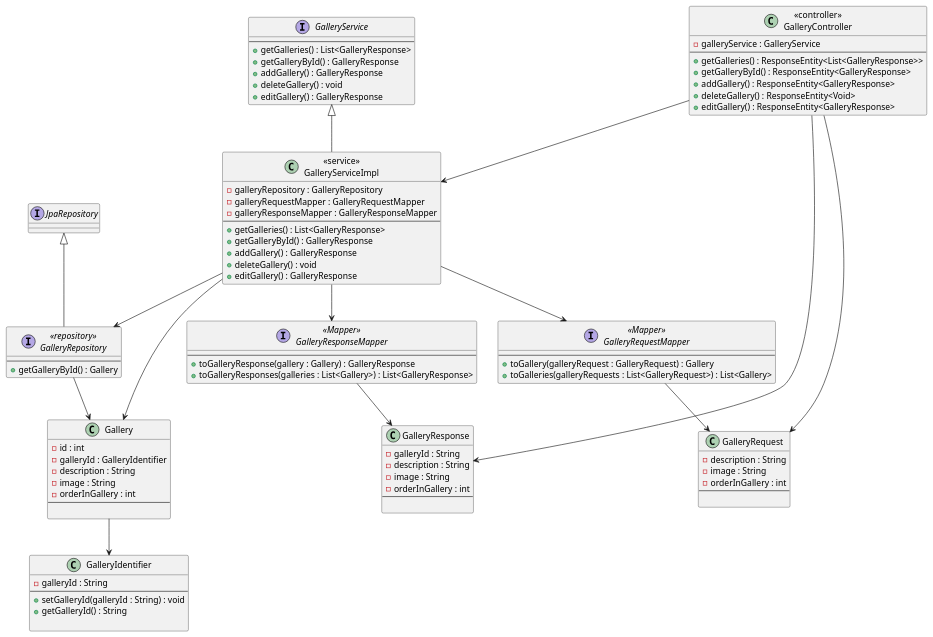
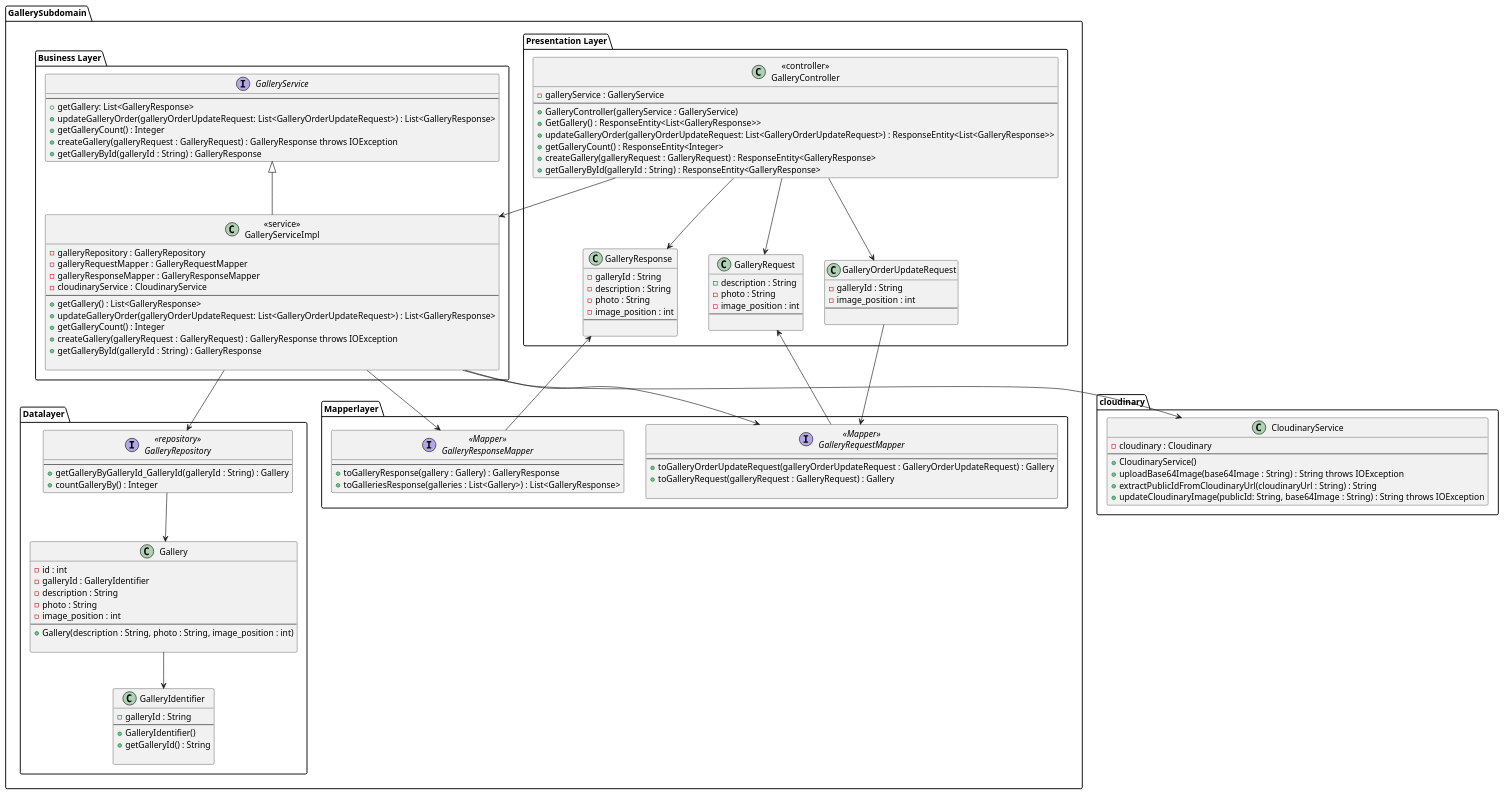
One commit to DylanBrass/Corso-Website changed the diagram in Diagrams/Class_Diagrams/gallery-Design_lvl_Class_diagram.puml. Above: the diagram before and after it, drawn with PlantUML. The commit also changed 4 other files, not shown here.

Commit message:
Class Diagrams (#110)

```diff
--- a/Diagrams/Class_Diagrams/gallery-Design_lvl_Class_diagram.puml
+++ b/Diagrams/Class_Diagrams/gallery-Design_lvl_Class_diagram.puml
@@ -1,116 +1,169 @@
 @startuml
+package "GallerySubdomain"{
+    package "Presentation Layer" {
+        class "<<controller>>\nGalleryController" as controller {
+            - galleryService : GalleryService
+            ---
+            + GalleryController(galleryService : GalleryService)
+            + GetGallery() : ResponseEntity<List<GalleryResponse>>
+            + updateGalleryOrder(galleryOrderUpdateRequest: List<GalleryOrderUpdateRequest>) : ResponseEntity<List<GalleryResponse>>
+            + getGalleryCount() : ResponseEntity<Integer>
+            + createGallery(galleryRequest : GalleryRequest) : ResponseEntity<GalleryResponse>
+            + getGalleryById(galleryId : String) : ResponseEntity<GalleryResponse>
+        }
 
-class "<<controller>>\nGalleryController" as controller {
-    - galleryService : GalleryService
-    ---
-    + getGalleries() : ResponseEntity<List<GalleryResponse>>
-    + getGalleryById() : ResponseEntity<GalleryResponse>
-    + addGallery() : ResponseEntity<GalleryResponse>
-    + deleteGallery() : ResponseEntity<Void>
-    + editGallery() : ResponseEntity<GalleryResponse>
+
+        class "GalleryResponse" as galleryResponse{
+            - galleryId : String
+            - description : String
+            - photo : String
+            - image_position : int
+            ---
+
+        }
+
+        class "GalleryRequest" as galleryRequest{
+            - description : String
+            - photo : String
+            - image_position : int
+            ---
+
+        }
+
+        class "GalleryOrderUpdateRequest" as galleryOrderUpdateRequest{
+            - galleryId : String
+            - image_position : int
+            ---
+
+        }
+
+
+    }
+
+    package "Business Layer"{
+        interface "GalleryService" as service{
+            ---
+            + getGallery: List<GalleryResponse>
+            + updateGalleryOrder(galleryOrderUpdateRequest: List<GalleryOrderUpdateRequest>) : List<GalleryResponse>
+            + getGalleryCount() : Integer
+            + createGallery(galleryRequest : GalleryRequest) : GalleryResponse throws IOException
+            + getGalleryById(galleryId : String) : GalleryResponse
+        }
+
+        class "<<service>>\nGalleryServiceImpl" as serviceImpl{
+            - galleryRepository : GalleryRepository
+            - galleryRequestMapper : GalleryRequestMapper
+            - galleryResponseMapper : GalleryResponseMapper
+            - cloudinaryService : CloudinaryService
+            ---
+            + getGallery() : List<GalleryResponse>
+            + updateGalleryOrder(galleryOrderUpdateRequest: List<GalleryOrderUpdateRequest>) : List<GalleryResponse>
+            + getGalleryCount() : Integer
+            + createGallery(galleryRequest : GalleryRequest) : GalleryResponse throws IOException
+            + getGalleryById(galleryId : String) : GalleryResponse
+
+        }
+        class serviceImpl extends service
+
+    }
+
+
+    package "Datalayer"{
+
+        interface "<<repository>>\nGalleryRepository" as repository{
+            ---
+            + getGalleryByGalleryId_GalleryId(galleryId : String) : Gallery
+            + countGalleryBy() : Integer
+        }
+
+        class GalleryIdentifier {
+            - galleryId : String
+            ---
+            + GalleryIdentifier()
+            + getGalleryId() : String
+
+        }
+
+        class "Gallery" as gallery{
+            - id : int
+            - galleryId : GalleryIdentifier
+            - description : String
+            - photo : String
+            - image_position : int
+            ---
+            + Gallery(description : String, photo : String, image_position : int)
+
+        }
+
+
+
+
+    }
+
+
+
+    package "Mapperlayer"{
+
+        interface "<<Mapper>>\nGalleryRequestMapper" as requestMapper{
+            ---
+                + toGalleryOrderUpdateRequest(galleryOrderUpdateRequest : GalleryOrderUpdateRequest) : Gallery
+                + toGalleryRequest(galleryRequest : GalleryRequest) : Gallery
+
+            }
+
+        interface "<<Mapper>>\nGalleryResponseMapper" as responseMapper{
+            ---
+            + toGalleryResponse(gallery : Gallery) : GalleryResponse
+            + toGalleriesResponse(galleries : List<Gallery>) : List<GalleryResponse>
+        }
+
+    }
+
+
+    requestMapper --> galleryRequest
+
+    responseMapper --> galleryResponse
+
+
+    galleryOrderUpdateRequest --> requestMapper
+
+
+    repository --> gallery
+
+    serviceImpl --> responseMapper
+    serviceImpl --> requestMapper
+
+
+
+
+    controller --> galleryResponse
+    controller --> galleryRequest
+
+
+
+    controller --> serviceImpl
+    controller --> galleryOrderUpdateRequest
+
+    serviceImpl --> repository
+
+    gallery --> GalleryIdentifier
 }
 
-interface "GalleryService" as service{
-    ---
-    + getGalleries() : List<GalleryResponse>
-    + getGalleryById() : GalleryResponse
-    + addGallery() : GalleryResponse
-    + deleteGallery() : void
-    + editGallery() : GalleryResponse
-}
 
-class "<<service>>\nGalleryServiceImpl" as serviceImpl{
-    - galleryRepository : GalleryRepository
-    - galleryRequestMapper : GalleryRequestMapper
-    - galleryResponseMapper : GalleryResponseMapper
-    ---
-    + getGalleries() : List<GalleryResponse>
-    + getGalleryById() : GalleryResponse
-    + addGallery() : GalleryResponse
-    + deleteGallery() : void
-    + editGallery() : GalleryResponse
-}
+package "cloudinary"{
 
-class serviceImpl extends service
-
-interface "<<repository>>\nGalleryRepository" as repository{
-    ---
-    + getGalleryById() : Gallery
-}
-
-class GalleryIdentifier {
-    - galleryId : String
-    ---
-    + setGalleryId(galleryId : String) : void
-    + getGalleryId() : String
+    class CloudinaryService {
+        - cloudinary : Cloudinary
+        ---
+        + CloudinaryService()
+        + uploadBase64Image(base64Image : String) : String throws IOException
+        + extractPublicIdFromCloudinaryUrl(cloudinaryUrl : String) : String
+        + updateCloudinaryImage(publicId: String, base64Image : String) : String throws IOException
+    }
 
 }
 
-class "Gallery" as gallery{
-    - id : int
-    - galleryId : GalleryIdentifier
-    - description : String
-    - image : String
-    - orderInGallery : int
-    ---
-  
-}
-
-class "GalleryResponse" as galleryResponse{
-    - galleryId : String
-    - description : String
-    - image : String
-    - orderInGallery : int
-    ---
-  
-}
-
-class "GalleryRequest" as galleryRequest{
-    - description : String
-    - image : String
-    - orderInGallery : int
-    ---
-  
-}
+serviceImpl --> CloudinaryService
 
 
-requestMapper --> galleryRequest
-
-responseMapper --> galleryResponse
-
-
-
-serviceImpl --> gallery
-
-repository --> gallery
-
-serviceImpl --> responseMapper
-serviceImpl --> requestMapper
-
-
-interface "<<Mapper>>\nGalleryRequestMapper" as requestMapper{
-    ---
-    + toGallery(galleryRequest : GalleryRequest) : Gallery
-    + toGalleries(galleryRequests : List<GalleryRequest>) : List<Gallery>
-}
-
-interface "<<Mapper>>\nGalleryResponseMapper" as responseMapper{
-    ---
-    + toGalleryResponse(gallery : Gallery) : GalleryResponse
-    + toGalleryResponses(galleries : List<Gallery>) : List<GalleryResponse>
-}
-
-
-controller --> galleryResponse
-controller --> galleryRequest
-
-
-interface repository extends JpaRepository
-
-controller --> serviceImpl
-
-serviceImpl --> repository
-
-gallery --> GalleryIdentifier
-
 @endpuml
```
